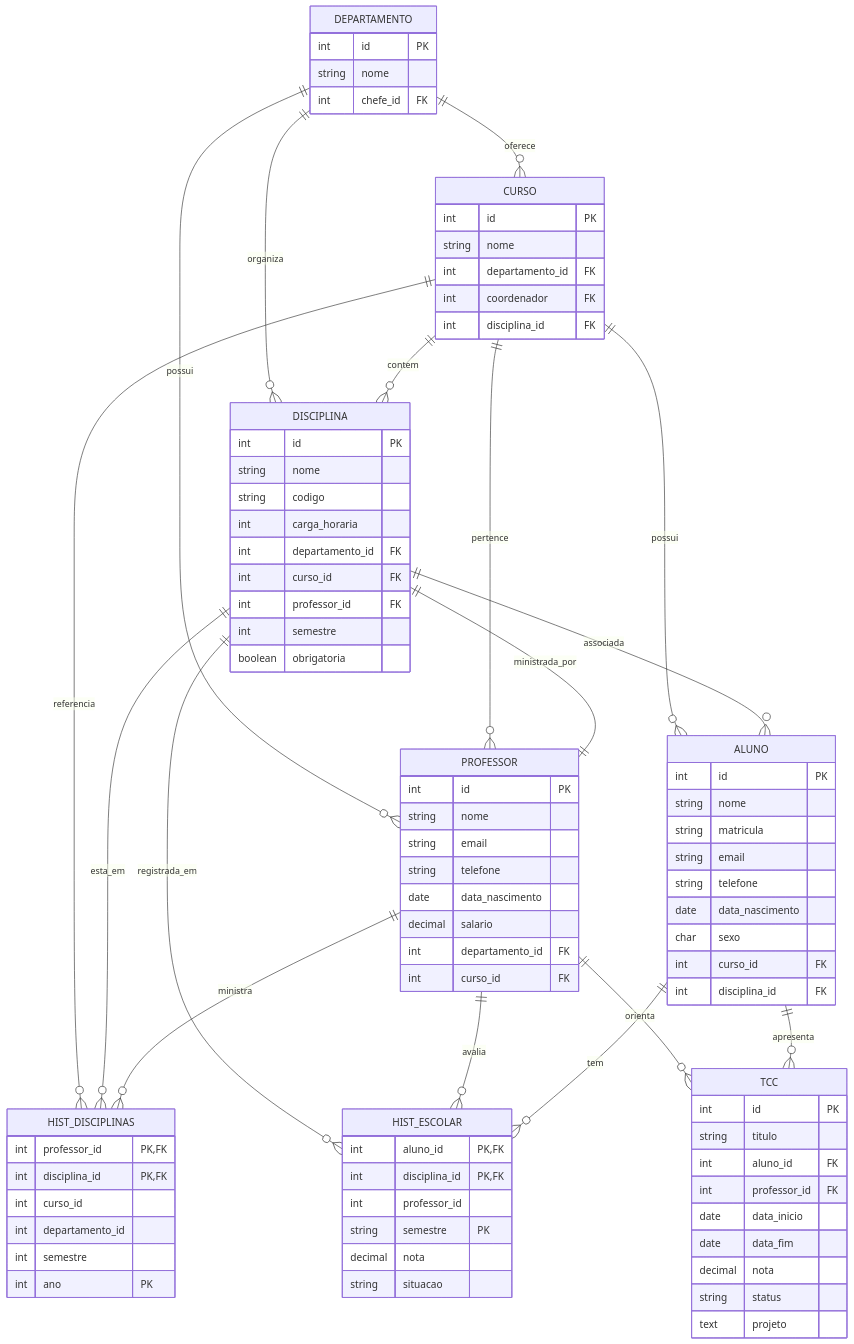
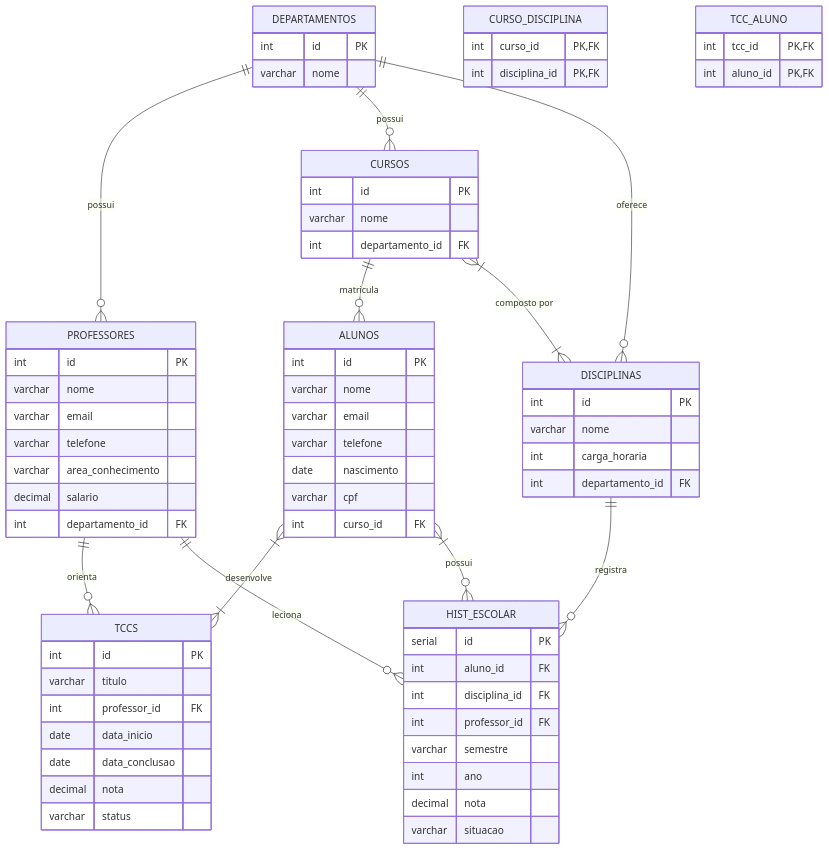
Before and after one commit to benevenutoIsa/BD_Universidade: the diagram in README.md, drawn with Mermaid.

````diff
--- a/README.md
+++ b/README.md
@@ -73,105 +73,82 @@
 ```mermaid
 erDiagram
-
-  DEPARTAMENTO {
-    int id PK
-    string nome
-    int chefe_id FK
-  }
-
-  PROFESSOR {
-    int id PK
-    string nome
-    string email
-    string telefone
-    date data_nascimento
-    decimal salario
-    int departamento_id FK
-    int curso_id FK
-  }
-
-  CURSO {
-    int id PK
-    string nome
-    int departamento_id FK
-    int coordenador FK
-    int disciplina_id FK
-  }
-
-  DISCIPLINA {
-    int id PK
-    string nome
-    string codigo
-    int carga_horaria
-    int departamento_id FK
-    int curso_id FK
-    int professor_id FK
-    int semestre
-    boolean obrigatoria
-  }
-
-  ALUNO {
-    int id PK
-    string nome
-    string matricula
-    string email
-    string telefone
-    date data_nascimento
-    char sexo
-    int curso_id FK
-    int disciplina_id FK
-  }
-
-  HIST_DISCIPLINAS {
-    int professor_id PK, FK
-    int disciplina_id PK, FK
-    int curso_id
-    int departamento_id
-    int semestre
-    int ano PK
-  }
-
-  HIST_ESCOLAR {
-    int aluno_id PK, FK
-    int disciplina_id PK, FK
-    int professor_id
-    string semestre PK
-    decimal nota
-    string situacao
-  }
-
-  TCC {
-    int id PK
-    string titulo
-    int aluno_id FK
-    int professor_id FK
-    date data_inicio
-    date data_fim
-    decimal nota
-    string status
-    text projeto
-  }
-
-  %% RELACIONAMENTOS
-
-  DEPARTAMENTO ||--o{ PROFESSOR : possui
-  DEPARTAMENTO ||--o{ CURSO : oferece
-  DEPARTAMENTO ||--o{ DISCIPLINA : organiza
-
-  CURSO ||--o{ DISCIPLINA : contem
-  CURSO ||--o{ ALUNO : possui
-  CURSO ||--o{ PROFESSOR : pertence
-  CURSO ||--o{ HIST_DISCIPLINAS : referencia
-
-  DISCIPLINA ||--o{ HIST_DISCIPLINAS : esta_em
-  DISCIPLINA ||--o{ HIST_ESCOLAR : registrada_em
-  DISCIPLINA ||--o{ ALUNO : associada
-  DISCIPLINA ||--|| PROFESSOR : ministrada_por
-
-  PROFESSOR ||--o{ HIST_DISCIPLINAS : ministra
-  PROFESSOR ||--o{ HIST_ESCOLAR : avalia
-  PROFESSOR ||--o{ TCC : orienta
-
-  ALUNO ||--o{ HIST_ESCOLAR : tem
-  ALUNO ||--o{ TCC : apresenta
+    DEPARTAMENTOS ||--o{ PROFESSORES : "possui"
+    DEPARTAMENTOS ||--o{ CURSOS : "possui"
+    DEPARTAMENTOS ||--o{ DISCIPLINAS : "oferece"
+    CURSOS ||--o{ ALUNOS : "matricula"
+    CURSOS }|--|{ DISCIPLINAS : "composto por"
+    ALUNOS }|--|{ TCCS : "desenvolve"
+    PROFESSORES ||--o{ TCCS : "orienta"
+    ALUNOS }|--o{ HIST_ESCOLAR : "possui"
+    DISCIPLINAS ||--o{ HIST_ESCOLAR : "registra"
+    PROFESSORES ||--o{ HIST_ESCOLAR : "leciona"
+    
+    DEPARTAMENTOS {
+        int id PK
+        varchar nome
+    }
+    
+    PROFESSORES {
+        int id PK
+        varchar nome
+        varchar email
+        varchar telefone
+        varchar area_conhecimento
+        decimal salario
+        int departamento_id FK
+    }
+    
+    CURSOS {
+        int id PK
+        varchar nome
+        int departamento_id FK
+    }
+    
+    DISCIPLINAS {
+        int id PK
+        varchar nome
+        int carga_horaria
+        int departamento_id FK
+    }
+    
+    ALUNOS {
+        int id PK
+        varchar nome
+        varchar email
+        varchar telefone
+        date nascimento
+        varchar cpf
+        int curso_id FK
+    }
+    
+    CURSO_DISCIPLINA {
+        int curso_id PK,FK
+        int disciplina_id PK,FK
+    }
+    
+    HIST_ESCOLAR {
+        serial id PK
+        int aluno_id FK
+        int disciplina_id FK
+        int professor_id FK
+        varchar semestre
+        int ano
+        decimal nota
+        varchar situacao
+    }
+    
+    TCCS {
+        int id PK
+        varchar titulo
+        int professor_id FK
+        date data_inicio
+        date data_conclusao
+        decimal nota
+        varchar status
+    }
+    
+    TCC_ALUNO {
+        int tcc_id PK,FK
+        int aluno_id PK,FK
+    }
 ```
````
